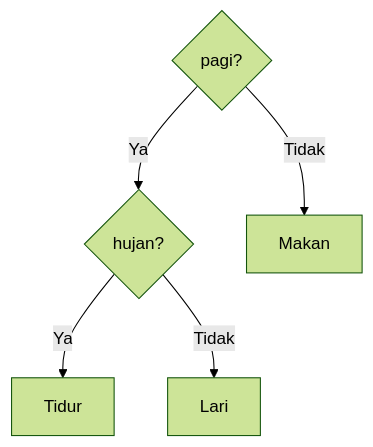
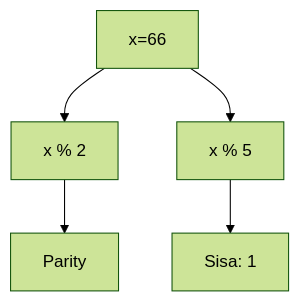
The second of 25 diagrams in part-c-pemahaman-cpp/02-percabangan/latihan/set-10.md (amnahwaida/OSNK_INF_PREP), drawn with Mermaid (forest theme) before and after one commit. The commit also changed other lines of this file and 71 other files, not shown here.

````diff
--- a/part-c-pemahaman-cpp/02-percabangan/latihan/set-10.md
+++ b/part-c-pemahaman-cpp/02-percabangan/latihan/set-10.md
@@ -63,7 +52,7 @@
 ```mermaid
 graph TD
-    A{pagi?} -- Ya --> B{hujan?}
-    A -- Tidak --> C[Makan]
-    B -- Ya --> D[Tidur]
-    B -- Tidak --> E[Lari]
+A[x=66] --> B[x % 2]
+B --> C[Parity]
+A --> D[x % 5]
+D --> E[Sisa: 1]
 ```
````
